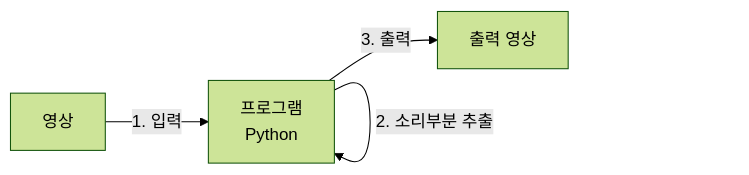
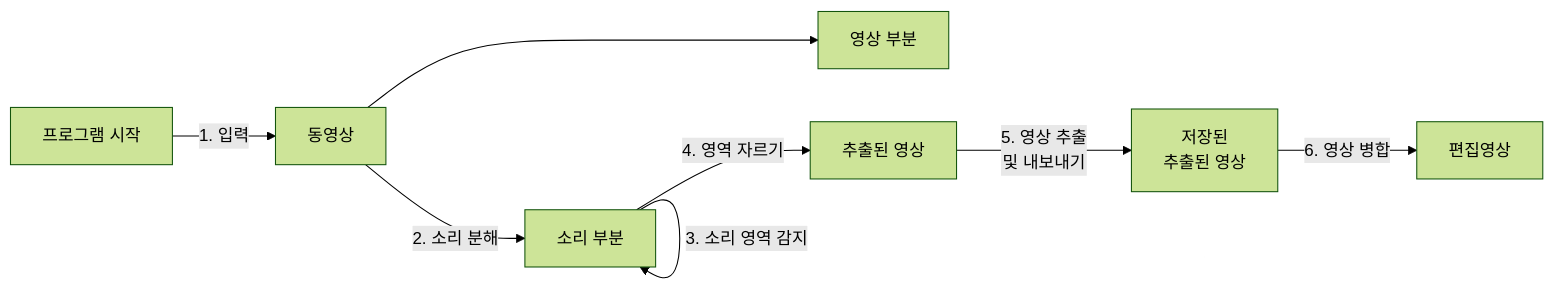
The diagram in Project/01 영상편집 도우미 in python/README.md (SAgiKPJH/SAGI_JJU-JJUCODE-), drawn with Mermaid (forest theme) before and after one commit.

Commit message:
Update Mermaid

````diff
--- a/Project/01 영상편집 도우미 in python/README.md
+++ b/Project/01 영상편집 도우미 in python/README.md
@@ -16,5 +16,7 @@
 ```mermaid
 flowchart LR
-A["영상"]--1. 입력-->B["프로그램<br>Python"]--3. 출력-->C["출력 영상"]
-B--2. 소리부분 추출-->B
+Z["프로그램 시작"]--1. 입력--> A["동영상"] --->B_1["영상 부분"]
+A --2. 소리 분해--> B_2["소리 부분"]
+B_2 --3. 소리 영역 감지-->B_2 --4. 영역 자르기--> C["추출된 영상"]
+C --5. 영상 추출 <br>및 내보내기-->D["저장된<br> 추출된 영상"] --6. 영상 병합-->E["편집영상"]
 ```
````
